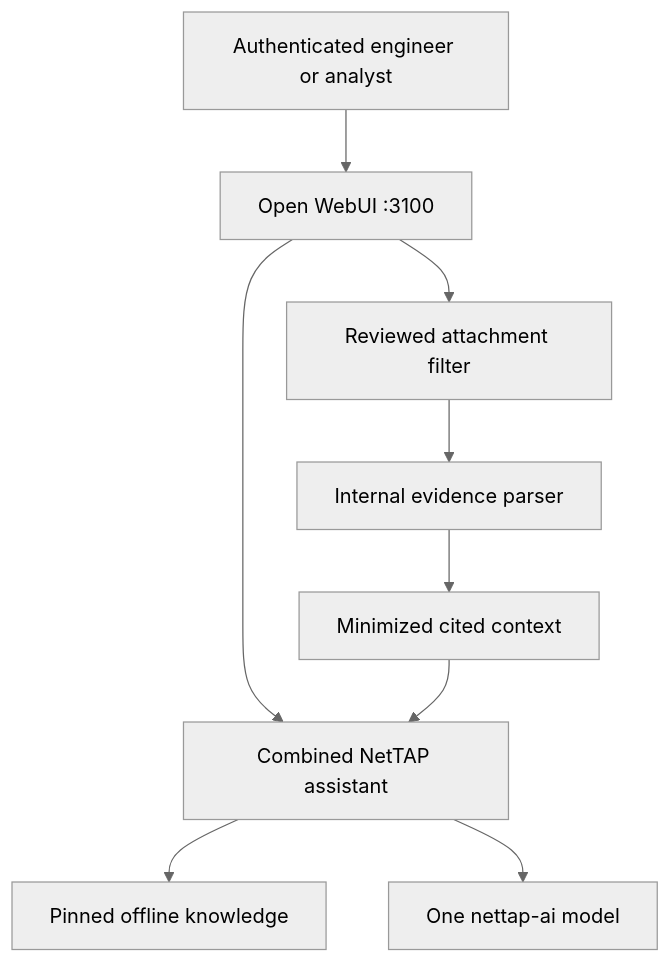
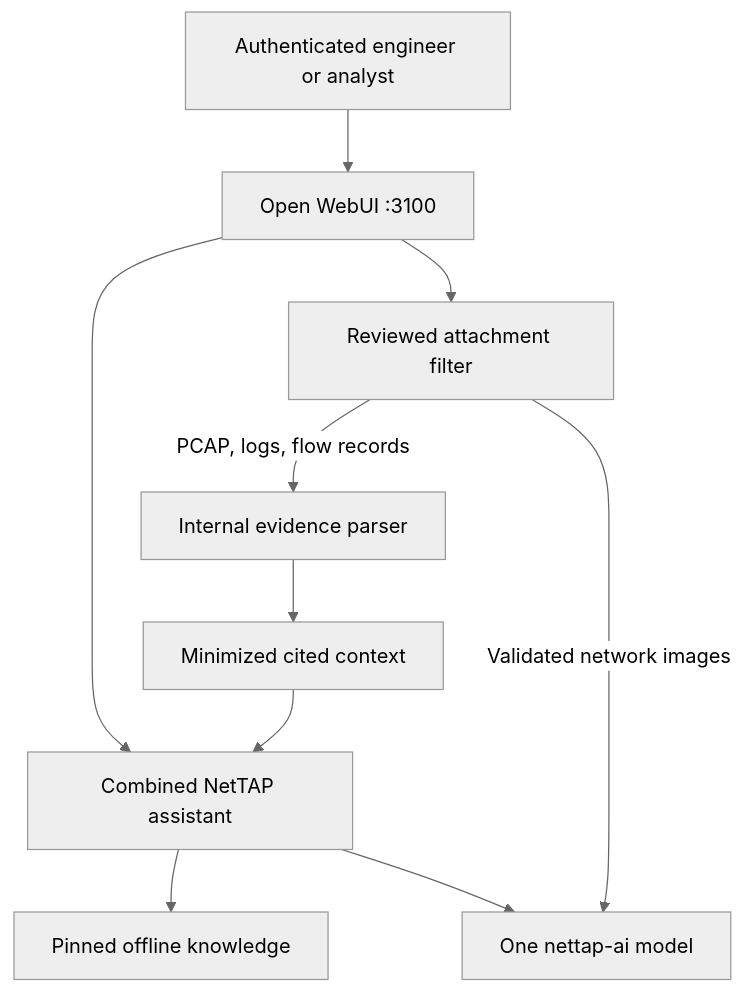
The diagram in docs/ARCHITECTURE.md (mpdwyer2367/nettap-packet-expert), drawn with Mermaid (neutral theme) before and after one commit. The commit also changed other lines of this file and 55 other files, not shown here.

````diff
--- a/docs/ARCHITECTURE.md
+++ b/docs/ARCHITECTURE.md
@@ -5,11 +5,12 @@
 ```mermaid
 flowchart TD
     U["Authenticated engineer or analyst"] --> W["Open WebUI :3100"]
     W --> A["Combined NetTAP assistant"]
     A --> R["Pinned offline knowledge"]
     A --> O["One nettap-ai model"]
     W --> F["Reviewed attachment filter"]
-    F --> E["Internal evidence parser"]
+    F -->|"PCAP, logs, flow records"| E["Internal evidence parser"]
+    F -->|"Validated network images"| O
     E --> M["Minimized cited context"]
     M --> A
 ```
````
